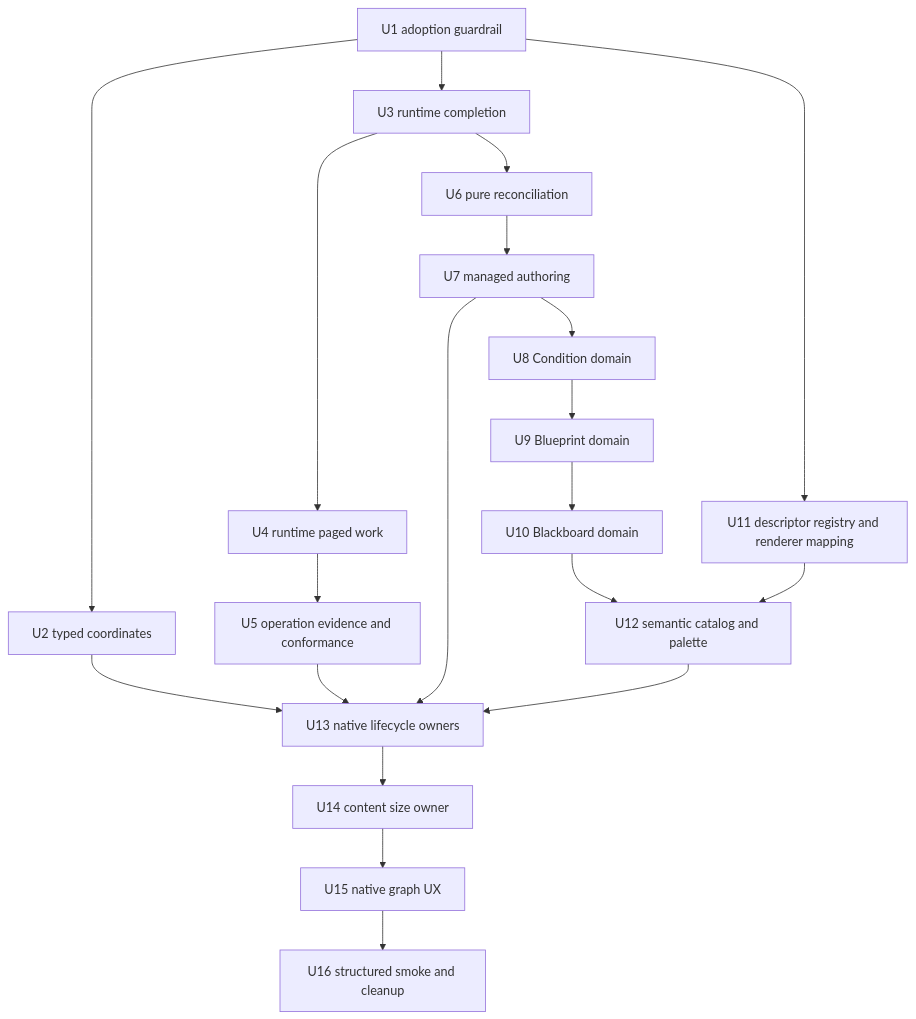
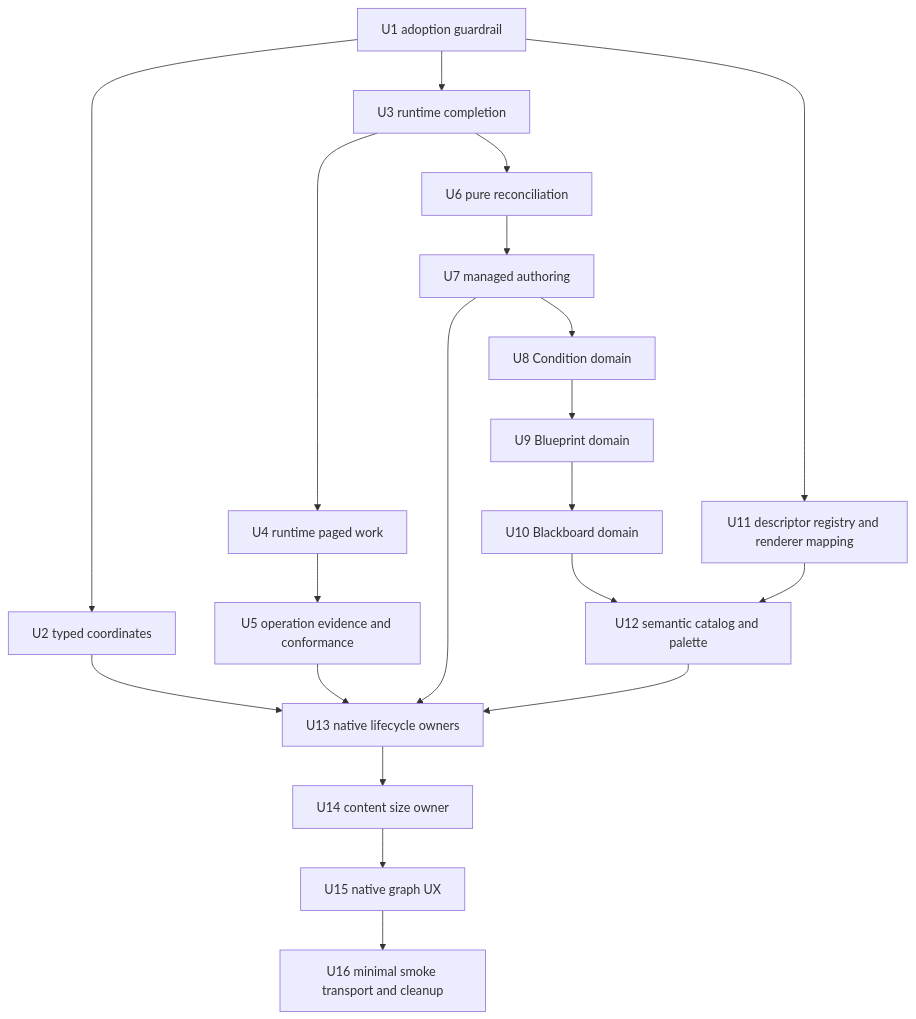
One commit to Latias94/jellyflow changed the fifth of 5 diagrams in docs/plans/2026-07-27-001-refactor-runtime-authoring-ownership-plan.md. Above: the diagram before and after it, drawn with Mermaid. The commit also changed other lines of this file and 230 other files, not shown here.

````diff
--- a/docs/plans/2026-07-27-001-refactor-runtime-authoring-ownership-plan.md
+++ b/docs/plans/2026-07-27-001-refactor-runtime-authoring-ownership-plan.md
@@ -324,22 +327,22 @@
 ```mermaid
 flowchart TB
   U1[U1 adoption guardrail] --> U2[U2 typed coordinates]
   U1 --> U3[U3 runtime completion]
   U3 --> U4[U4 runtime paged work]
   U4 --> U5[U5 operation evidence and conformance]
   U3 --> U6[U6 pure reconciliation]
   U6 --> U7[U7 managed authoring]
   U7 --> U8[U8 Condition domain]
   U8 --> U9[U9 Blueprint domain]
   U9 --> U10[U10 Blackboard domain]
   U1 --> U11[U11 descriptor registry and renderer mapping]
   U10 --> U12[U12 semantic catalog and palette]
   U11 --> U12
   U2 --> U13[U13 native lifecycle owners]
   U5 --> U13
   U7 --> U13
   U12 --> U13
   U13 --> U14[U14 content size owner]
   U14 --> U15[U15 native graph UX]
-  U15 --> U16[U16 structured smoke and cleanup]
+  U15 --> U16[U16 minimal smoke transport and cleanup]
 ```
````
